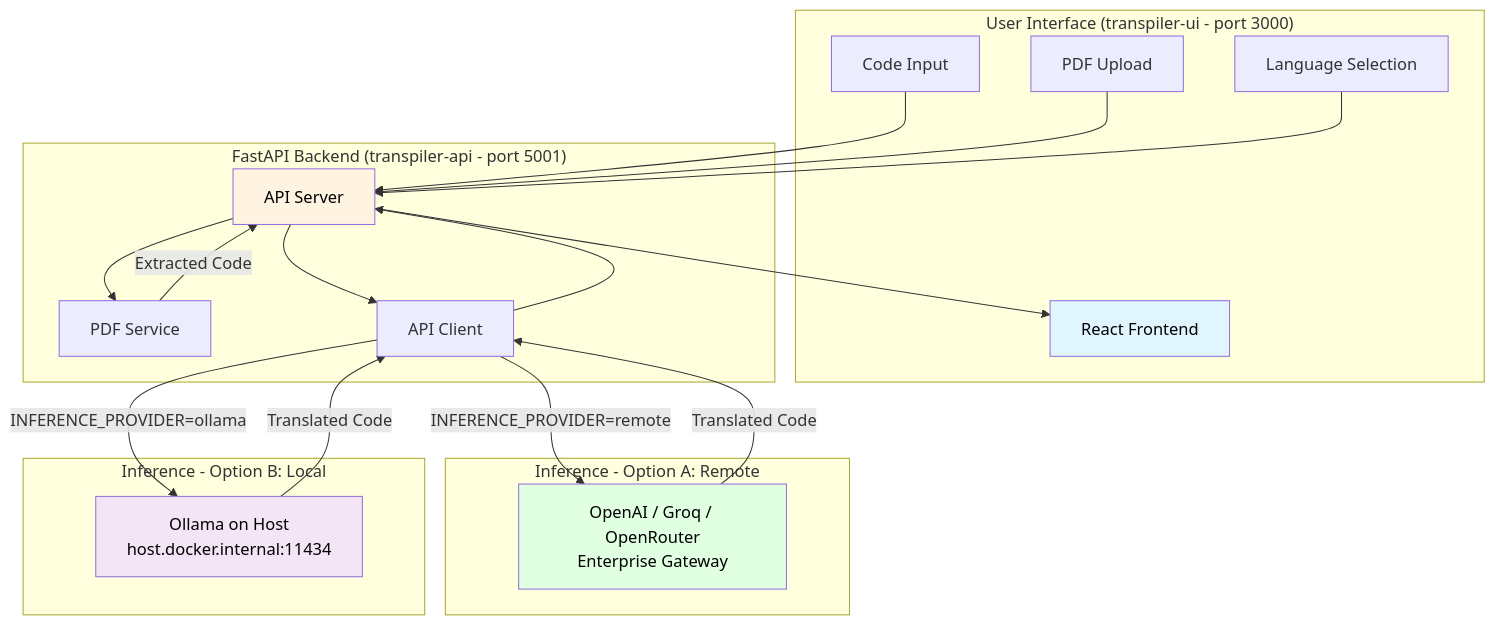
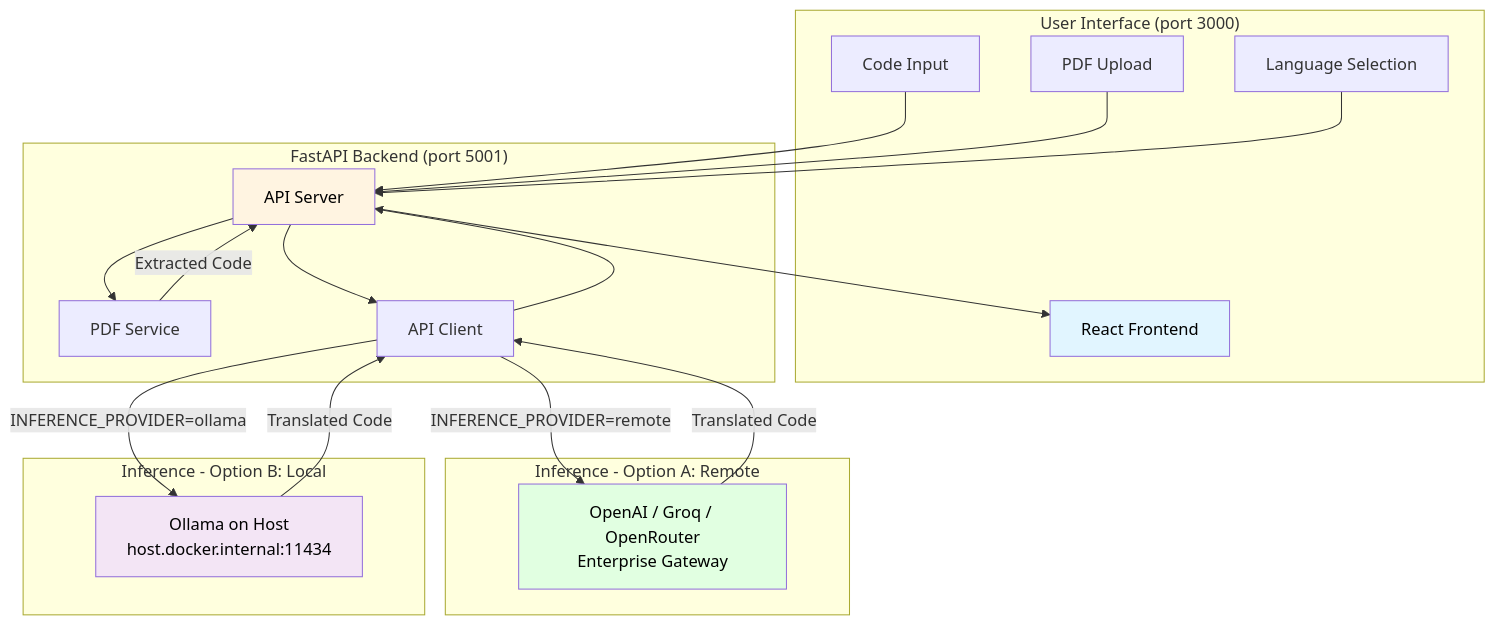
One commit to cld2labs/CodeTrans changed the diagram in README.md. Above: the diagram before and after it, drawn with Mermaid. The commit also changed other lines of this file, not shown here.

Commit message:
docs: expand TOC and simplify mermaid subgraph labels

````diff
--- a/README.md
+++ b/README.md
@@ -79,41 +92,41 @@
 ```mermaid
 graph TB
-    subgraph "User Interface (transpiler-ui - port 3000)"
+    subgraph "User Interface (port 3000)"
         A[React Frontend]
         A1[Code Input]
         A2[PDF Upload]
         A3[Language Selection]
     end
 
-    subgraph "FastAPI Backend (transpiler-api - port 5001)"
+    subgraph "FastAPI Backend (port 5001)"
         B[API Server]
         C[PDF Service]
         D[API Client]
     end
 
     subgraph "Inference - Option A: Remote"
         E[OpenAI / Groq / OpenRouter<br/>Enterprise Gateway]
     end
 
     subgraph "Inference - Option B: Local"
         F[Ollama on Host<br/>host.docker.internal:11434]
     end
 
     A1 --> B
     A2 --> B
     A3 --> B
     B --> C
     C -->|Extracted Code| B
     B --> D
     D -->|INFERENCE_PROVIDER=remote| E
     D -->|INFERENCE_PROVIDER=ollama| F
     E -->|Translated Code| D
     F -->|Translated Code| D
     D --> B
     B --> A
 
     style A fill:#e1f5ff,color:#000
     style B fill:#fff4e1,color:#000
     style E fill:#e1ffe1,color:#000
     style F fill:#f3e5f5,color:#000
 ```
````
